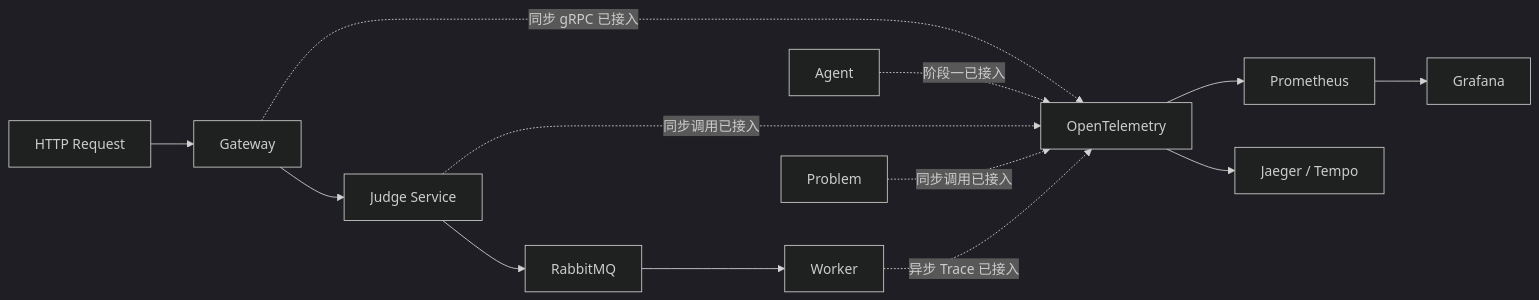
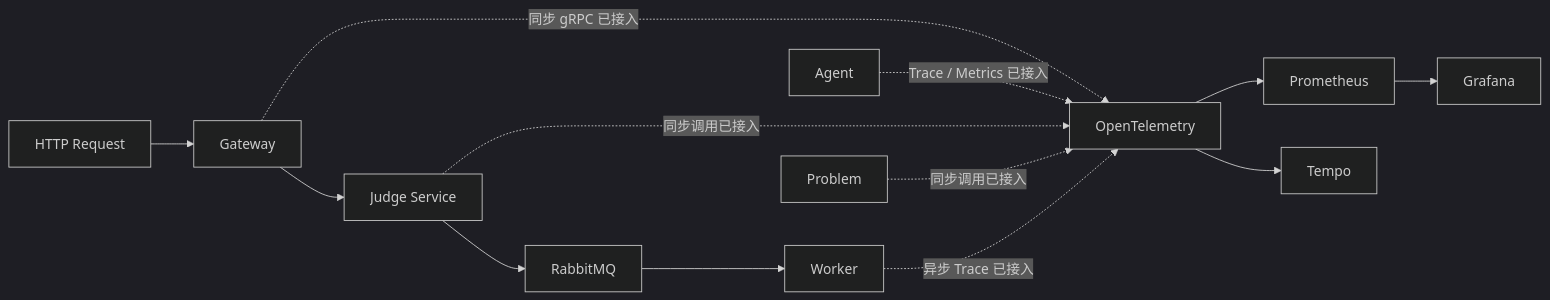
The fifth of 6 diagrams in docs/architecture.md (viggggil/go_oj_agent), drawn with Mermaid (dark theme) before and after one commit. The commit also changed other lines of this file and 35 other files, not shown here.

````diff
--- a/docs/architecture.md
+++ b/docs/architecture.md
@@ -867,17 +867,17 @@
 ```mermaid
 flowchart LR
     HTTP["HTTP Request"] --> Gateway["Gateway"]
     Gateway --> Judge["Judge Service"]
     Judge --> MQ["RabbitMQ"]
     MQ --> Worker["Worker"]
 
     Gateway -. "同步 gRPC 已接入" .-> OTel["OpenTelemetry"]
-    Agent -. "阶段一已接入" .-> OTel
+    Agent -. "Trace / Metrics 已接入" .-> OTel
     Judge -. "同步调用已接入" .-> OTel
     Problem -. "同步调用已接入" .-> OTel
     Worker -. "异步 Trace 已接入" .-> OTel
 
     OTel --> Metrics["Prometheus"]
-    OTel --> Traces["Jaeger / Tempo"]
+    OTel --> Traces["Tempo"]
     Metrics --> Grafana["Grafana"]
 ```
````
